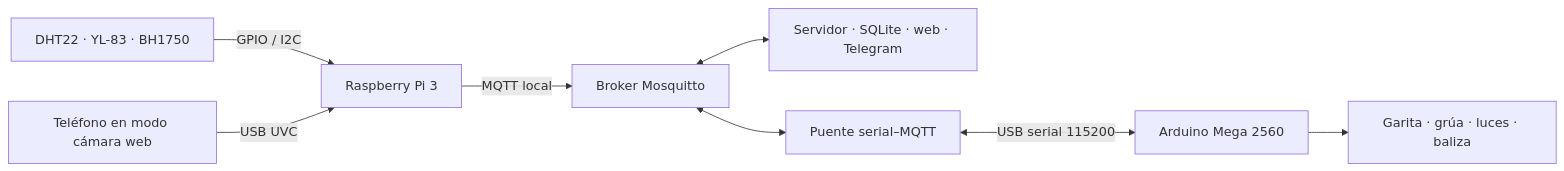
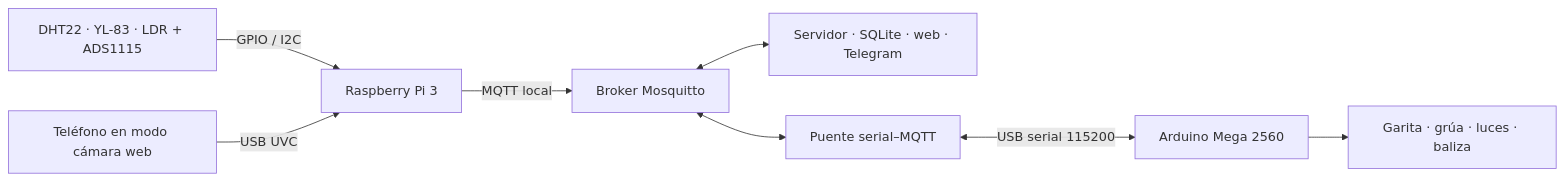
Before and after one commit to Arreagaaa/ARQUI2_2S2026_G-5: the first of 2 diagrams in docs/Fase3/DOCUMENTO-TECNICO.md, drawn with Mermaid. The commit also changed other lines of this file and 5 other files, not shown here.

````diff
--- a/docs/Fase3/DOCUMENTO-TECNICO.md
+++ b/docs/Fase3/DOCUMENTO-TECNICO.md
@@ -9,10 +9,10 @@
 ```mermaid
 flowchart LR
-  S[DHT22 · YL-83 · BH1750] -->|GPIO / I2C| P[Raspberry Pi 3]
+  S[DHT22 · YL-83 · LDR + ADS1115] -->|GPIO / I2C| P[Raspberry Pi 3]
   C[Teléfono en modo cámara web] -->|USB UVC| P
   P -->|MQTT local| B[Broker Mosquitto]
   B <--> W[Servidor · SQLite · web · Telegram]
   B <--> U[Puente serial–MQTT]
   U <-->|USB serial 115200| M[Arduino Mega 2560]
   M --> A[Garita · grúa · luces · baliza]
 ```
````
